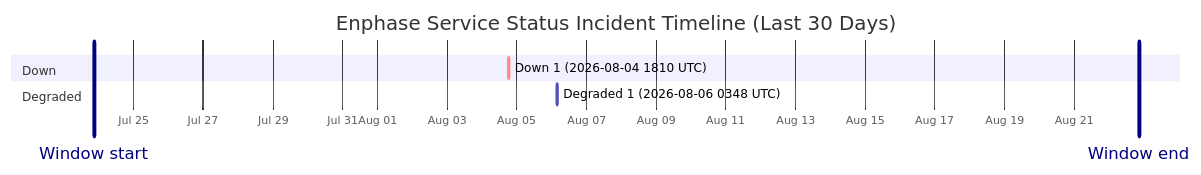
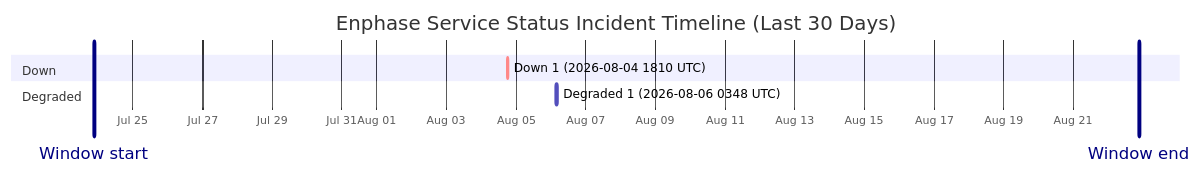
The diagram in wiki/Service-Status-History.md (barneyonline/ha-enphase-energy), drawn with Mermaid before and after one commit. The commit also changed other lines of this file and 3 other files, not shown here.

````diff
--- a/wiki/Service-Status-History.md
+++ b/wiki/Service-Status-History.md
@@ -14,12 +14,12 @@
 ```mermaid
 gantt
     title Enphase Service Status Incident Timeline (Last 30 Days)
     dateFormat  YYYY-MM-DDTHH:mm:ss
     axisFormat  %b %d
-    Window start :vert, window-start, 2026-07-23T20:48:10, 0ms
-    Window end :vert, window-end, 2026-08-22T20:48:10, 0ms
+    Window start :vert, window-start, 2026-07-23T21:19:22, 0ms
+    Window end :vert, window-end, 2026-08-22T21:19:22, 0ms
     section Down
     Down 1 (2026-08-04 1810 UTC) :crit, down-1, 2026-08-04T18:10:46, 60m
     section Degraded
     Degraded 1 (2026-08-06 0348 UTC) :active, degraded-1, 2026-08-06T03:48:14, 60m
 ```
````
